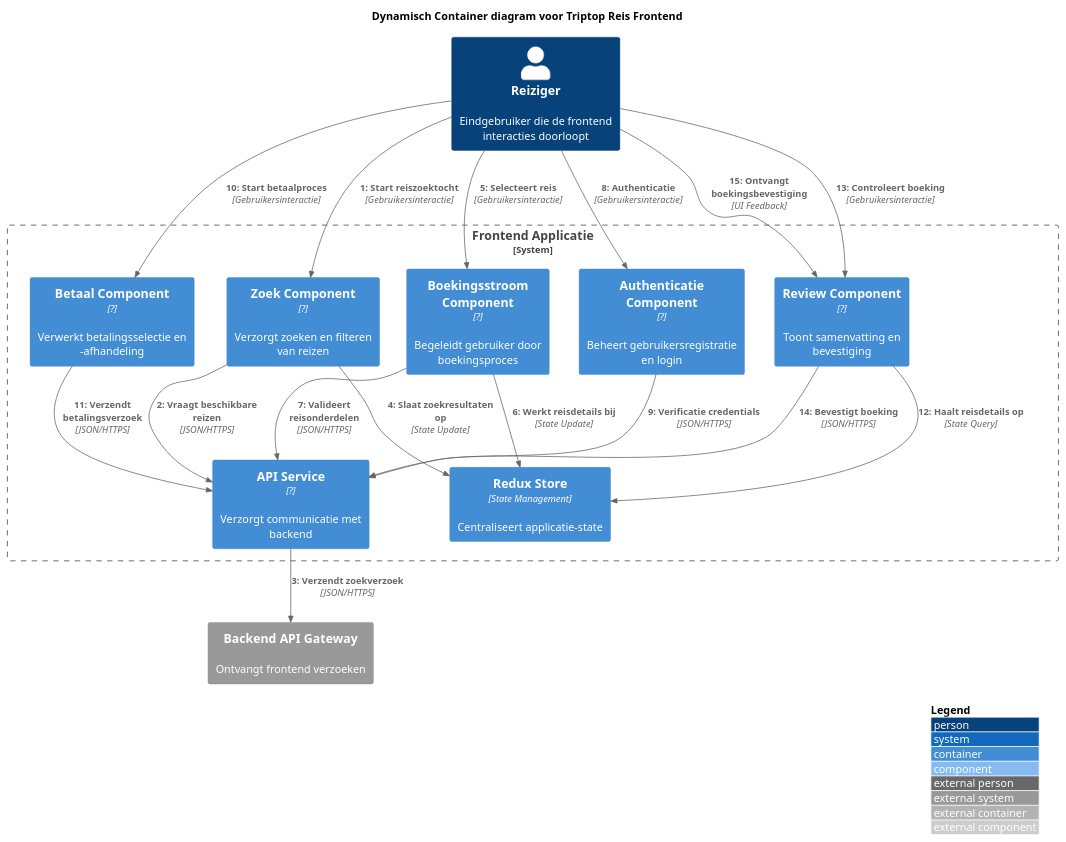
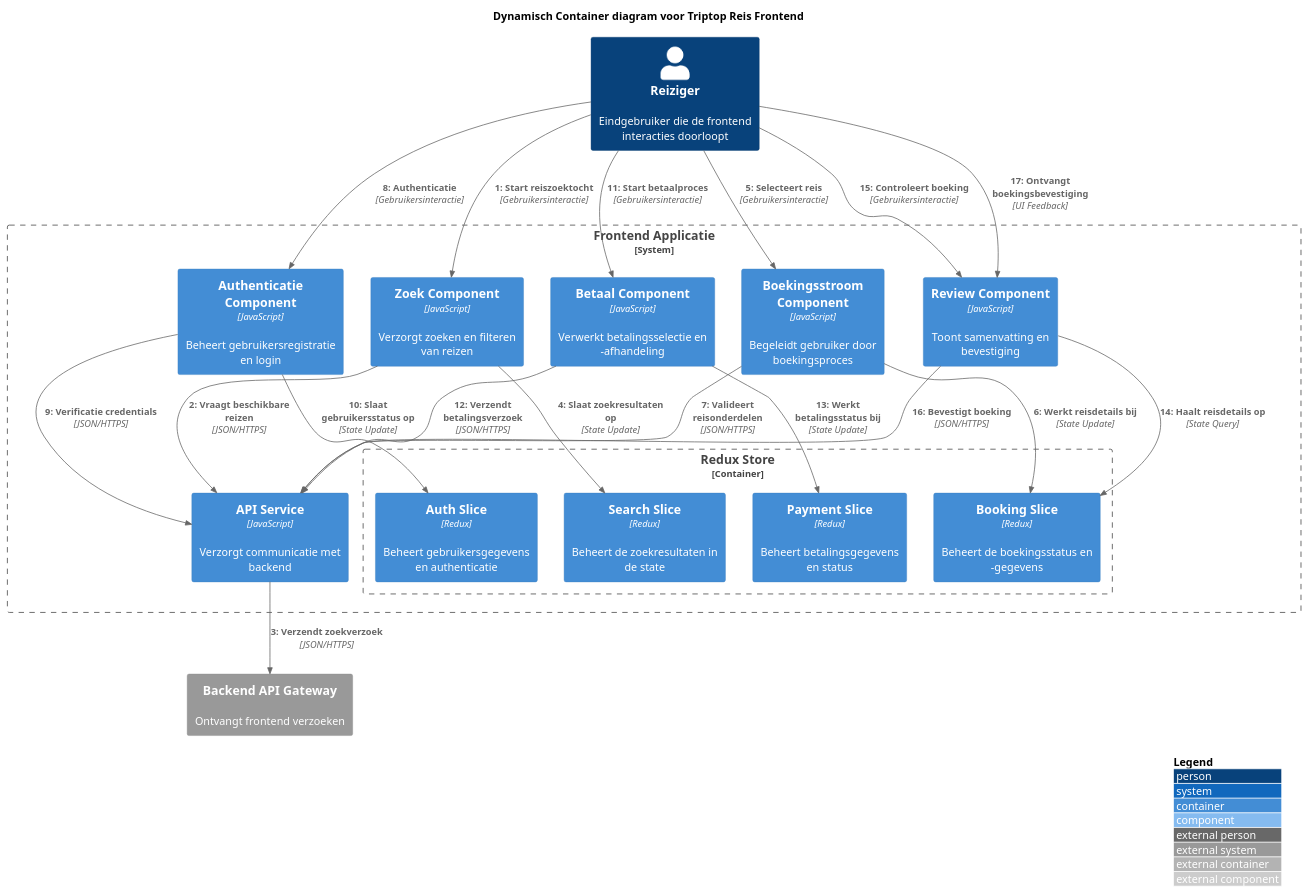
One commit to AIM-ENE-feb25/triptop-groep-5 changed the diagram in software-guidebook/frontendcomponent.puml. Above: the diagram before and after it, drawn with PlantUML. The commit also changed 2 other files, not shown here.

```diff
--- a/software-guidebook/frontendcomponent.puml
+++ b/software-guidebook/frontendcomponent.puml
@@ -1,47 +1,55 @@
 @startuml "Triptop Reisboeken - Frontend Dynamisch Container Diagram"
 !include https://raw.githubusercontent.com/plantuml-stdlib/C4-PlantUML/master/C4_Container.puml
 !include https://raw.githubusercontent.com/plantuml-stdlib/C4-PlantUML/master/C4_Dynamic.puml
 
 LAYOUT_WITH_LEGEND()
 
 title Dynamisch Container diagram voor Triptop Reis Frontend
 
 Person(reiziger, "Reiziger", "Eindgebruiker die de frontend interacties doorloopt")
 
 System_Boundary(frontendSysteem, "Frontend Applicatie") {
-    Container(searchComponent, "Zoek Component", "?", "Verzorgt zoeken en filteren van reizen")
-    Container(authComponent, "Authenticatie Component", "?", "Beheert gebruikersregistratie en login")
-    Container(bookingFlowComponent, "Boekingsstroom Component", "?", "Begeleidt gebruiker door boekingsproces")
-    Container(paymentComponent, "Betaal Component", "?", "Verwerkt betalingsselectie en -afhandeling")
-    Container(reviewComponent, "Review Component", "?", "Toont samenvatting en bevestiging")
+    Container(searchComponent, "Zoek Component", "JavaScript", "Verzorgt zoeken en filteren van reizen")
+    Container(authComponent, "Authenticatie Component", "JavaScript", "Beheert gebruikersregistratie en login")
+    Container(bookingFlowComponent, "Boekingsstroom Component", "JavaScript", "Begeleidt gebruiker door boekingsproces")
+    Container(paymentComponent, "Betaal Component", "JavaScript", "Verwerkt betalingsselectie en -afhandeling")
+    Container(reviewComponent, "Review Component", "JavaScript", "Toont samenvatting en bevestiging")
 
-    Container(stateManagement, "Redux Store", "State Management", "Centraliseert applicatie-state")
-    Container(apiService, "API Service", "?", "Verzorgt communicatie met backend")
+    Container_Boundary(reduxStore, "Redux Store") {
+        Container(searchSlice, "Search Slice", "Redux", "Beheert de zoekresultaten in de state")
+        Container(authSlice, "Auth Slice", "Redux", "Beheert gebruikersgegevens en authenticatie")
+        Container(bookingSlice, "Booking Slice", "Redux", "Beheert de boekingsstatus en -gegevens")
+        Container(paymentSlice, "Payment Slice", "Redux", "Beheert betalingsgegevens en status")
+    }
+
+    Container(apiService, "API Service", "JavaScript", "Verzorgt communicatie met backend")
 }
 
 System_Ext(backendGateway, "Backend API Gateway", "Ontvangt frontend verzoeken")
 
 ' Dynamische interacties voor frontend
 RelIndex(1, reiziger, searchComponent, "Start reiszoektocht", "Gebruikersinteractie")
 RelIndex(2, searchComponent, apiService, "Vraagt beschikbare reizen", "JSON/HTTPS")
 RelIndex(3, apiService, backendGateway, "Verzendt zoekverzoek", "JSON/HTTPS")
 
-RelIndex(4, searchComponent, stateManagement, "Slaat zoekresultaten op", "State Update")
+RelIndex(4, searchComponent, searchSlice, "Slaat zoekresultaten op", "State Update")
 RelIndex(5, reiziger, bookingFlowComponent, "Selecteert reis", "Gebruikersinteractie")
 
-RelIndex(6, bookingFlowComponent, stateManagement, "Werkt reisdetails bij", "State Update")
+RelIndex(6, bookingFlowComponent, bookingSlice, "Werkt reisdetails bij", "State Update")
 RelIndex(7, bookingFlowComponent, apiService, "Valideert reisonderdelen", "JSON/HTTPS")
 
 RelIndex(8, reiziger, authComponent, "Authenticatie", "Gebruikersinteractie")
 RelIndex(9, authComponent, apiService, "Verificatie credentials", "JSON/HTTPS")
+RelIndex(10, authComponent, authSlice, "Slaat gebruikersstatus op", "State Update")
 
-RelIndex(10, reiziger, paymentComponent, "Start betaalproces", "Gebruikersinteractie")
-RelIndex(11, paymentComponent, apiService, "Verzendt betalingsverzoek", "JSON/HTTPS")
+RelIndex(11, reiziger, paymentComponent, "Start betaalproces", "Gebruikersinteractie")
+RelIndex(12, paymentComponent, apiService, "Verzendt betalingsverzoek", "JSON/HTTPS")
+RelIndex(13, paymentComponent, paymentSlice, "Werkt betalingsstatus bij", "State Update")
 
-RelIndex(12, reviewComponent, stateManagement, "Haalt reisdetails op", "State Query")
-RelIndex(13, reiziger, reviewComponent, "Controleert boeking", "Gebruikersinteractie")
+RelIndex(14, reviewComponent, bookingSlice, "Haalt reisdetails op", "State Query")
+RelIndex(15, reiziger, reviewComponent, "Controleert boeking", "Gebruikersinteractie")
 
-RelIndex(14, reviewComponent, apiService, "Bevestigt boeking", "JSON/HTTPS")
-RelIndex(15, reiziger, reviewComponent, "Ontvangt boekingsbevestiging", "UI Feedback")
+RelIndex(16, reviewComponent, apiService, "Bevestigt boeking", "JSON/HTTPS")
+RelIndex(17, reiziger, reviewComponent, "Ontvangt boekingsbevestiging", "UI Feedback")
 
 @enduml
```
